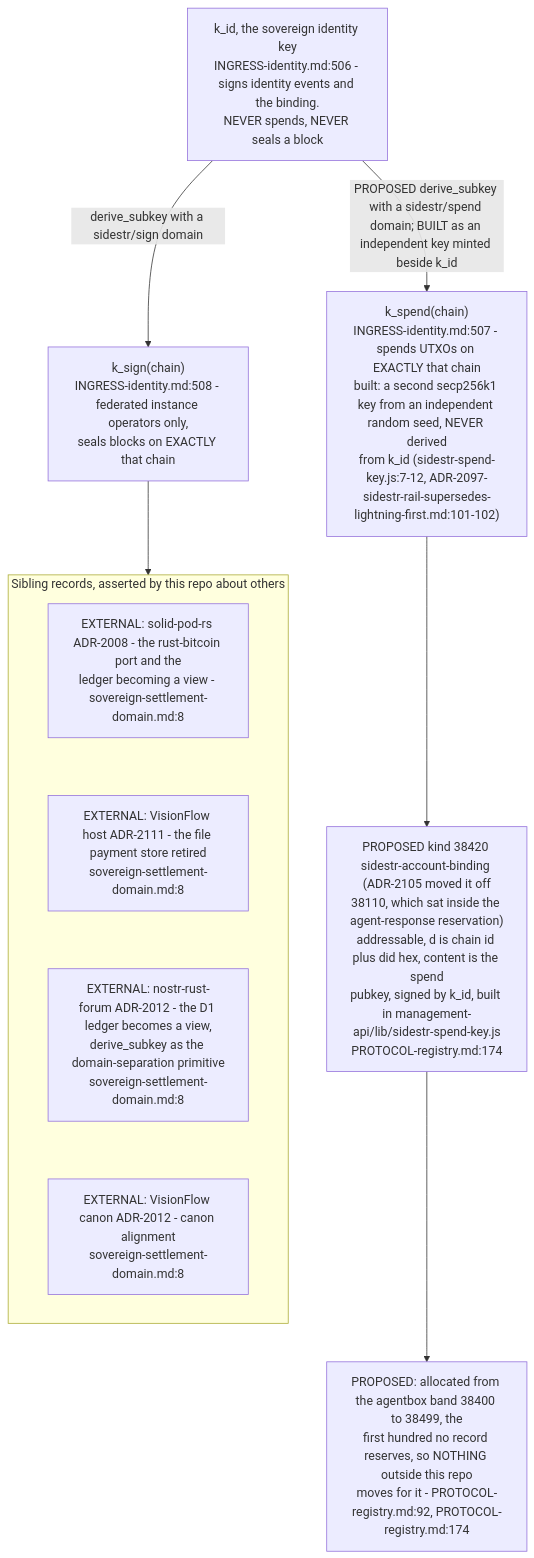
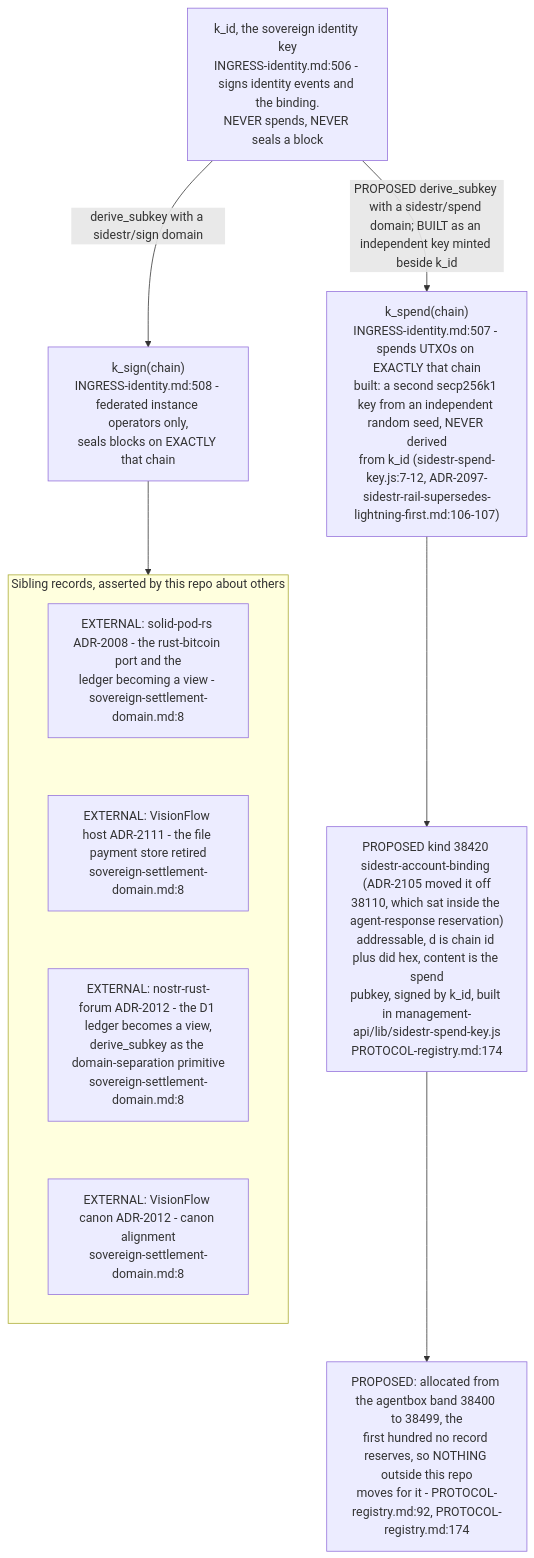
The fifth of 7 diagrams in docs/diagrams/agentbox/31-sovereign-settlement.md (DreamLab-AI/VisionFlow), drawn with Mermaid before and after one commit. The commit also changed other lines of this file and 14 other files, not shown here.

Commit message:
docs: align settlement, daemon and dated health diagrams

````diff
--- a/docs/diagrams/agentbox/31-sovereign-settlement.md
+++ b/docs/diagrams/agentbox/31-sovereign-settlement.md
@@ -190,17 +190,17 @@
 ```mermaid
 flowchart TB
     KID["k_id, the sovereign identity key<br/>INGRESS-identity.md:506 - signs identity events and the binding.<br/>NEVER spends, NEVER seals a block"]
-    KID -->|"PROPOSED derive_subkey with a sidestr/spend domain; BUILT as an independent key minted beside k_id"| KSP["k_spend(chain)<br/>INGRESS-identity.md:507 - spends UTXOs on EXACTLY that chain<br/>built: a second secp256k1 key from an independent random seed, NEVER derived<br/>from k_id (sidestr-spend-key.js:7-12, ADR-2097-sidestr-rail-supersedes-lightning-first.md:101-102)"]
+    KID -->|"PROPOSED derive_subkey with a sidestr/spend domain; BUILT as an independent key minted beside k_id"| KSP["k_spend(chain)<br/>INGRESS-identity.md:507 - spends UTXOs on EXACTLY that chain<br/>built: a second secp256k1 key from an independent random seed, NEVER derived<br/>from k_id (sidestr-spend-key.js:7-12, ADR-2097-sidestr-rail-supersedes-lightning-first.md:106-107)"]
     KID -->|"derive_subkey with a sidestr/sign domain"| KSG["k_sign(chain)<br/>INGRESS-identity.md:508 - federated instance operators only,<br/>seals blocks on EXACTLY that chain"]
     KSP --> BIND["PROPOSED kind 38420 sidestr-account-binding (ADR-2105 moved it off<br/>38110, which sat inside the agent-response reservation)<br/>addressable, d is chain id plus did hex, content is the spend<br/>pubkey, signed by k_id, built in management-api/lib/sidestr-spend-key.js<br/>PROTOCOL-registry.md:174"]
     BIND --> REG["PROPOSED: allocated from the agentbox band 38400 to 38499, the<br/>first hundred no record reserves, so NOTHING outside this repo<br/>moves for it - PROTOCOL-registry.md:92, PROTOCOL-registry.md:174"]
     subgraph external["Sibling records, asserted by this repo about others"]
         direction TB
         E1["EXTERNAL: solid-pod-rs ADR-2008 - the rust-bitcoin port and the<br/>ledger becoming a view - sovereign-settlement-domain.md:8"]
         E2["EXTERNAL: VisionFlow host ADR-2111 - the file payment store retired<br/>sovereign-settlement-domain.md:8"]
         E3["EXTERNAL: nostr-rust-forum ADR-2012 - the D1 ledger becomes a view,<br/>derive_subkey as the domain-separation primitive<br/>sovereign-settlement-domain.md:8"]
         E4["EXTERNAL: VisionFlow canon ADR-2012 - canon alignment<br/>sovereign-settlement-domain.md:8"]
         E1 ~~~ E2 ~~~ E3 ~~~ E4
     end
     KSG --> external
 ```
````
